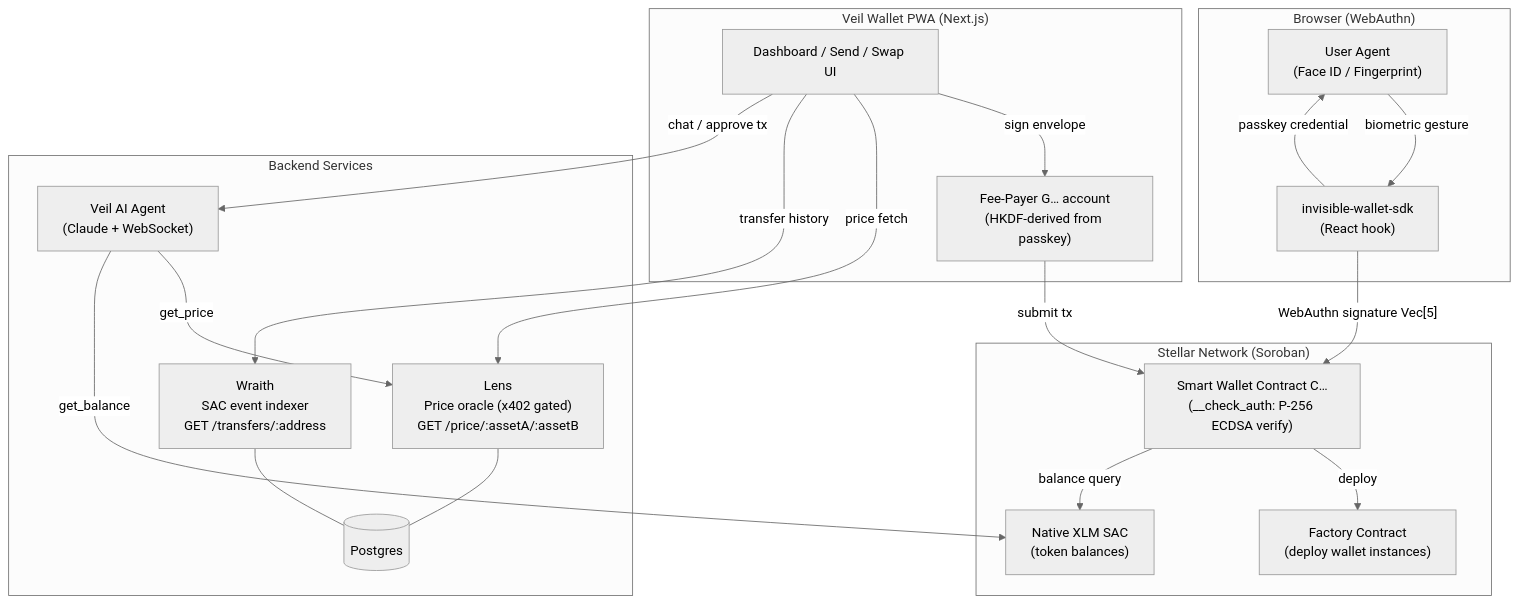
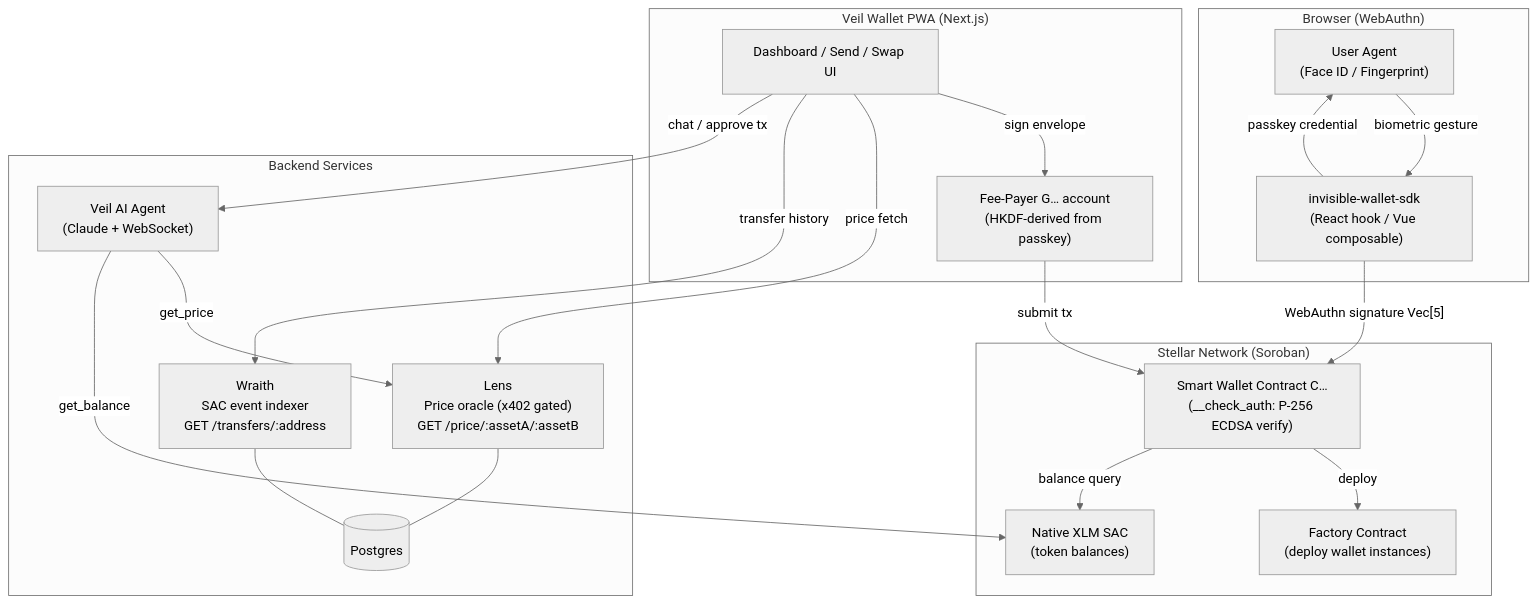
The diagram in README.md (Davoski1/veil), drawn with Mermaid (neutral theme) before and after one commit. The commit also changed other lines of this file and 32 other files, not shown here.

Commit message:
feat(sdk): add Vue 3 composable adapter and Vite example

````diff
--- a/README.md
+++ b/README.md
@@ -36,41 +36,41 @@
 ```mermaid
 graph TD
     subgraph Browser["Browser (WebAuthn)"]
         UA["User Agent\n(Face ID / Fingerprint)"]
-        SDK["invisible-wallet-sdk\n(React hook)"]
+        SDK["invisible-wallet-sdk\n(React hook / Vue composable)"]
     end
 
     subgraph Wallet["Veil Wallet PWA (Next.js)"]
         UI["Dashboard / Send / Swap UI"]
         FP["Fee-Payer G… account\n(HKDF-derived from passkey)"]
     end
 
     subgraph Stellar["Stellar Network (Soroban)"]
         CONTRACT["Smart Wallet Contract C…\n(__check_auth: P-256 ECDSA verify)"]
         FACTORY["Factory Contract\n(deploy wallet instances)"]
         SAC["Native XLM SAC\n(token balances)"]
     end
 
     subgraph Services["Backend Services"]
         LENS["Lens\nPrice oracle (x402 gated)\nGET /price/:assetA/:assetB"]
         WRAITH["Wraith\nSAC event indexer\nGET /transfers/:address"]
         AGENT["Veil AI Agent\n(Claude + WebSocket)"]
         PG[("Postgres")]
     end
 
     UA -->|"biometric gesture"| SDK
     SDK -->|"passkey credential"| UA
     SDK -->|"WebAuthn signature Vec[5]"| CONTRACT
     UI -->|"sign envelope"| FP
     FP -->|"submit tx"| CONTRACT
     CONTRACT -->|"deploy"| FACTORY
     CONTRACT -->|"balance query"| SAC
 
     UI -->|"price fetch"| LENS
     UI -->|"transfer history"| WRAITH
     UI -->|"chat / approve tx"| AGENT
     AGENT -->|"get_price"| LENS
     AGENT -->|"get_balance"| SAC
     LENS --- PG
     WRAITH --- PG
 ```
````
